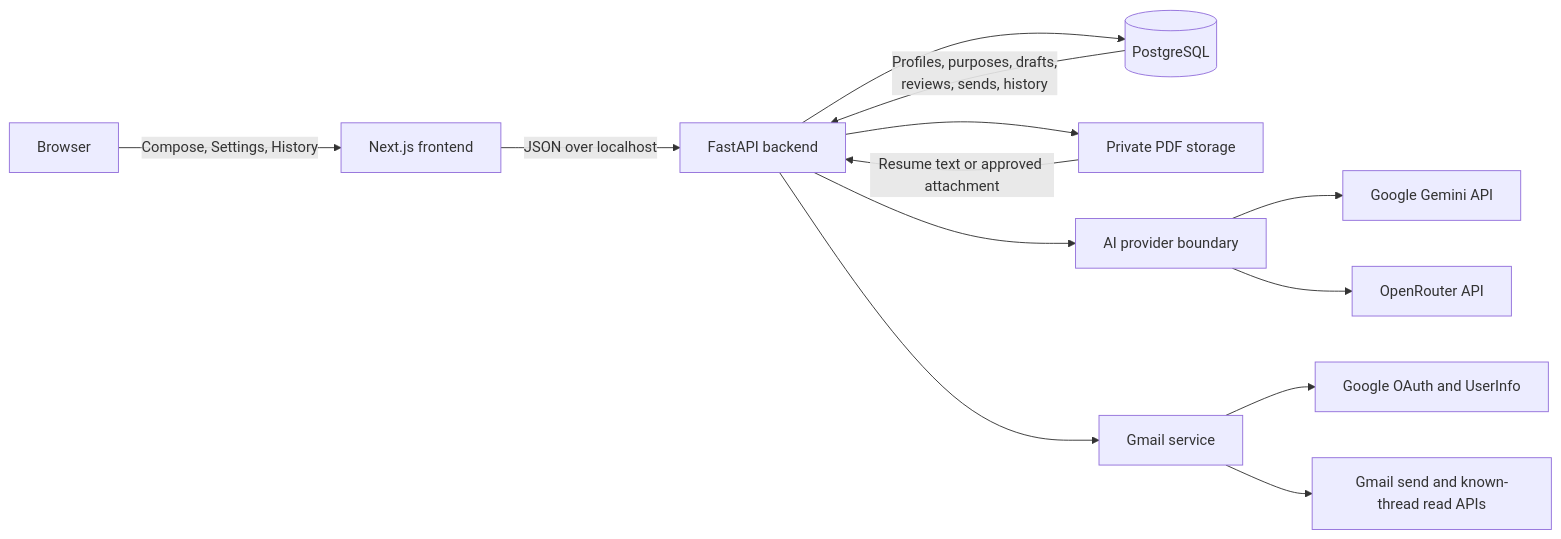
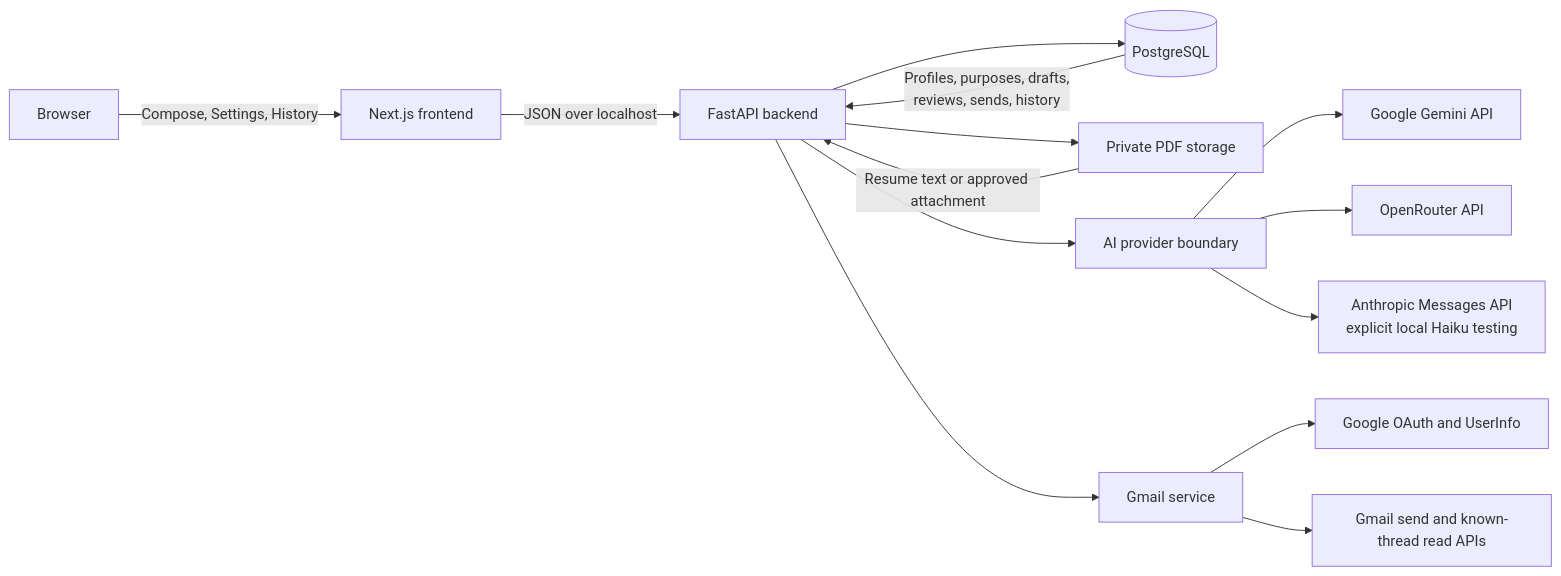
Before and after one commit to Shounak96/RecruitFlow-AI: the diagram in README.md, drawn with Mermaid. The commit also changed other lines of this file and 29 other files, not shown here.

````diff
--- a/README.md
+++ b/README.md
@@ -26,18 +27,19 @@
 ```mermaid
 flowchart LR
     U[Browser] -->|Compose, Settings, History| F[Next.js frontend]
     F -->|JSON over localhost| B[FastAPI backend]
 
     B --> DB[(PostgreSQL)]
     B --> FS[Private PDF storage]
     B --> AI[AI provider boundary]
     AI --> G[Google Gemini API]
     AI --> O[OpenRouter API]
+    AI --> A[Anthropic Messages API\nexplicit local Haiku testing]
 
     B --> GS[Gmail service]
     GS --> GO[Google OAuth and UserInfo]
     GS --> GM[Gmail send and known-thread read APIs]
 
     DB -->|Profiles, purposes, drafts,<br/>reviews, sends, history| B
     FS -->|Resume text or approved attachment| B
 ```
````
